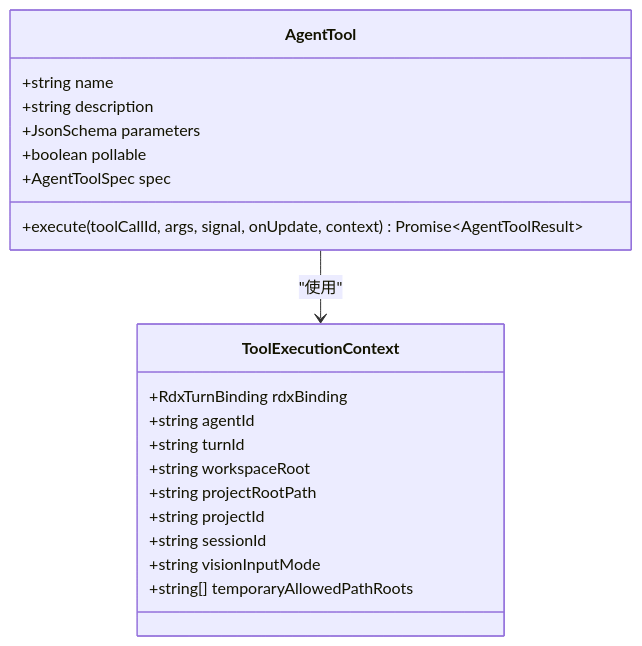
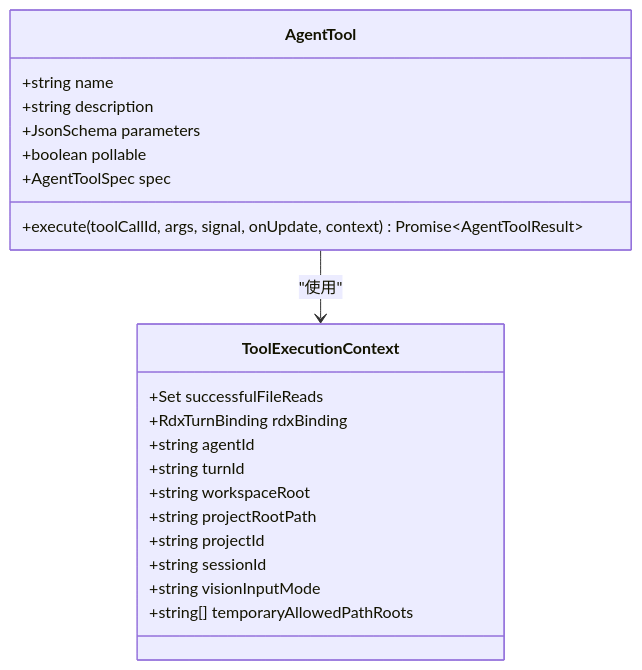
One commit to haolange/RDC-Agent changed diagram 13 of 17 in .qoder/repowiki/zh/content/核心模块/工具系统/工具系统.md. Above: the diagram before and after it, drawn with Mermaid. The commit also changed other lines of this file and 85 other files, not shown here.

````diff
--- a/.qoder/repowiki/zh/content/核心模块/工具系统/工具系统.md
+++ b/.qoder/repowiki/zh/content/核心模块/工具系统/工具系统.md
@@ -511,23 +586,24 @@
 ```mermaid
 classDiagram
 class AgentTool {
 +string name
 +string description
 +JsonSchema parameters
 +boolean pollable
 +AgentToolSpec spec
 +execute(toolCallId, args, signal, onUpdate, context) Promise~AgentToolResult~
 }
 class ToolExecutionContext {
++Set successfulFileReads
 +RdxTurnBinding rdxBinding
 +string agentId
 +string turnId
 +string workspaceRoot
 +string projectRootPath
 +string projectId
 +string sessionId
 +string visionInputMode
 +string[] temporaryAllowedPathRoots
 }
 AgentTool --> ToolExecutionContext : "使用"
 ```
````
